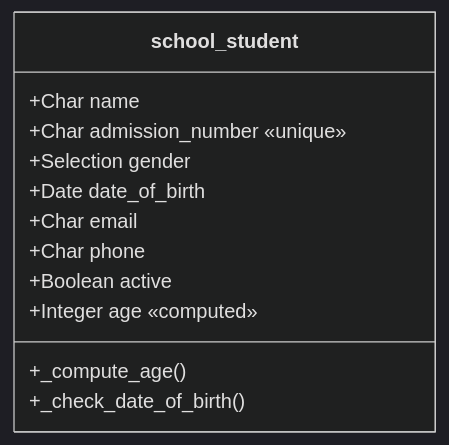
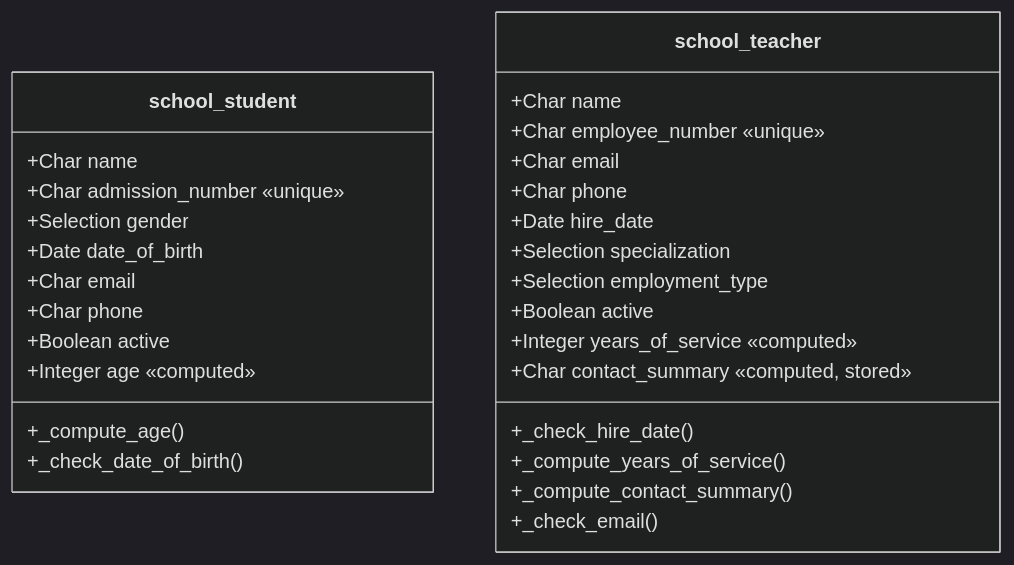
One commit to Ahmed-Samy-Omran/school_management changed the second of 4 diagrams in README.md. Above: the diagram before and after it, drawn with Mermaid (dark theme). The commit also changed other lines of this file and 2 other files, not shown here.

First line of the commit message:
docs: document teacher model and views with architecture, data model and rules diagrams

````diff
--- a/README.md
+++ b/README.md
@@ -61,15 +72,32 @@
 ```mermaid
 classDiagram
     class school_student {
         +Char name
-        +Char admission_number  «unique»
+        +Char admission_number «unique»
         +Selection gender
         +Date date_of_birth
         +Char email
         +Char phone
         +Boolean active
-        +Integer age  «computed»
+        +Integer age «computed»
         +_compute_age()
         +_check_date_of_birth()
     }
+
+    class school_teacher {
+        +Char name
+        +Char employee_number «unique»
+        +Char email
+        +Char phone
+        +Date hire_date
+        +Selection specialization
+        +Selection employment_type
+        +Boolean active
+        +Integer years_of_service «computed»
+        +Char contact_summary «computed, stored»
+        +_check_hire_date()
+        +_compute_years_of_service()
+        +_compute_contact_summary()
+        +_check_email()
+    }
 ```
````
